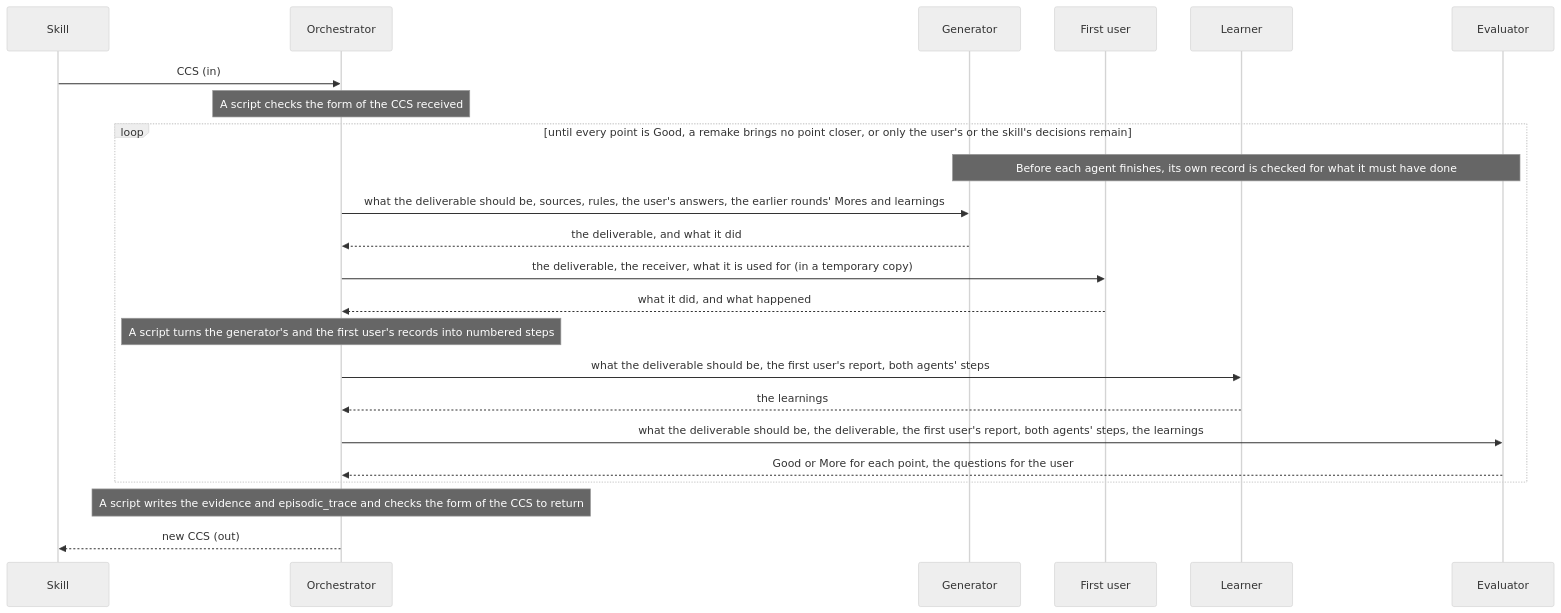
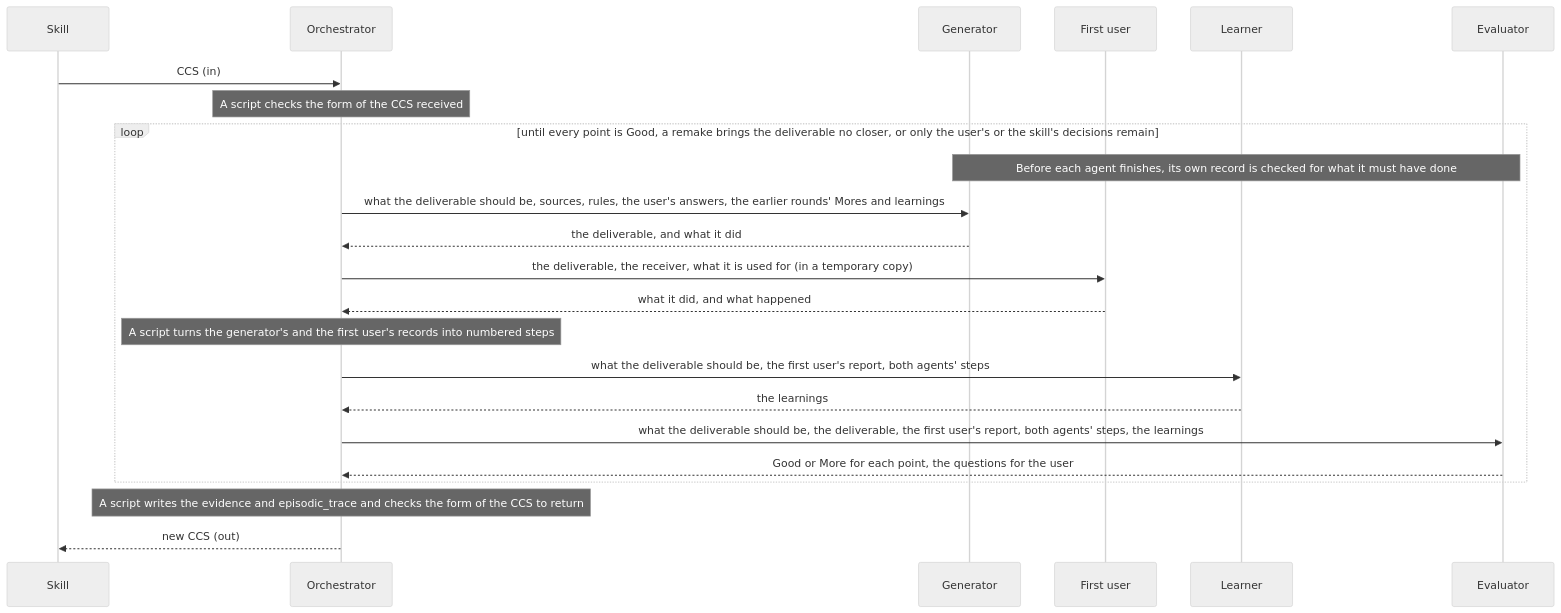
Before and after one commit to lovaizu/ccpm: the diagram in dev/turn/design.md, drawn with Mermaid (neutral theme). The commit also changed other lines of this file and 1 other file, not shown here.

First line of the commit message:
turn: one condition for a remake that brings the deliverable closer; the copy and the measure

````diff
--- a/dev/turn/design.md
+++ b/dev/turn/design.md
@@ -39,25 +39,25 @@
 ```mermaid
 sequenceDiagram
   participant S as Skill
   participant O as Orchestrator
   participant G as Generator
   participant U as First user
   participant L as Learner
   participant E as Evaluator
   S->>O: CCS (in)
   Note over O: A script checks the form of the CCS received
-  loop until every point is Good, a remake brings no point closer, or only the user's or the skill's decisions remain
+  loop until every point is Good, a remake brings the deliverable no closer, or only the user's or the skill's decisions remain
     Note over G,E: Before each agent finishes, its own record is checked for what it must have done
     O->>G: what the deliverable should be, sources, rules, the user's answers, the earlier rounds' Mores and learnings
     G-->>O: the deliverable, and what it did
     O->>U: the deliverable, the receiver, what it is used for (in a temporary copy)
     U-->>O: what it did, and what happened
     Note over O: A script turns the generator's and the first user's records into numbered steps
     O->>L: what the deliverable should be, the first user's report, both agents' steps
     L-->>O: the learnings
     O->>E: what the deliverable should be, the deliverable, the first user's report, both agents' steps, the learnings
     E-->>O: Good or More for each point, the questions for the user
   end
   Note over O: A script writes the evidence and episodic_trace and checks the form of the CCS to return
   O-->>S: new CCS (out)
 ```
````
